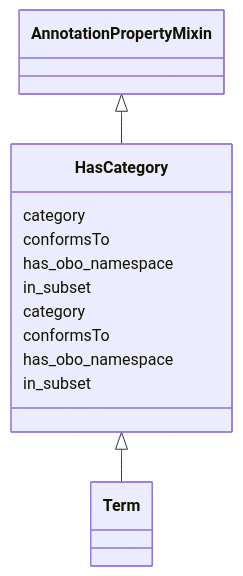
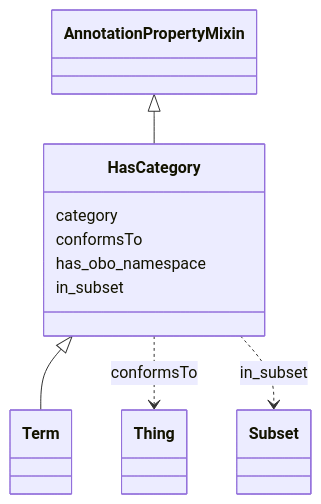
The diagram in ontology-metadata/HasCategory.md (INCATools/ontology-access-kit), drawn with Mermaid before and after one commit. The commit also changed other lines of this file and 1783 other files, not shown here.

````diff
--- a/ontology-metadata/HasCategory.md
+++ b/ontology-metadata/HasCategory.md
@@ -9,19 +9,23 @@
 ```{mermaid}
  classDiagram
     class HasCategory
       AnnotationPropertyMixin <|-- HasCategory
       
-      HasCategory : category
-      HasCategory : conformsTo
-      HasCategory : has_obo_namespace
-      HasCategory : in_subset
-      
 
       HasCategory <|-- Term
       
+      
       HasCategory : category
+        
       HasCategory : conformsTo
+        
+          HasCategory ..> Thing : conformsTo
+        
       HasCategory : has_obo_namespace
+        
       HasCategory : in_subset
+        
+          HasCategory ..> Subset : in_subset
+        
       
 ```
````
